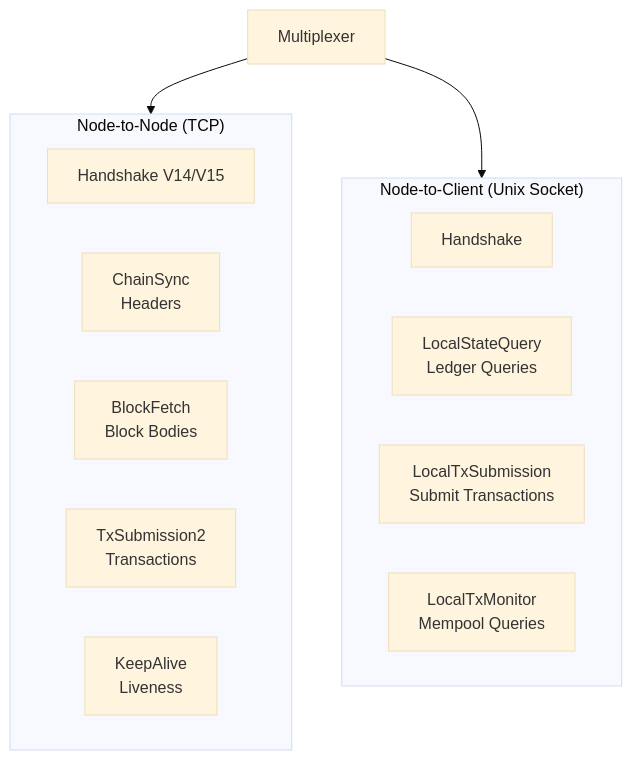
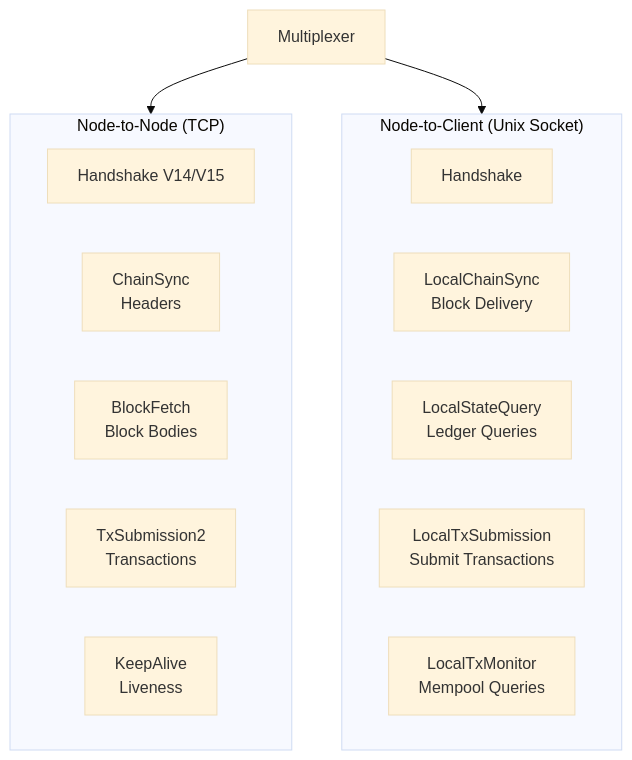
One commit to michaeljfazio/Torsten changed the first of 2 diagrams in docs/src/architecture/networking.md. Above: the diagram before and after it, drawn with Mermaid (base theme). The commit also changed other lines of this file, not shown here.

First line of the commit message:
Update networking docs with all LocalStateQuery tags

````diff
--- a/docs/src/architecture/networking.md
+++ b/docs/src/architecture/networking.md
@@ -7,20 +7,21 @@
 ```mermaid
 flowchart TB
     subgraph N2N ["Node-to-Node (TCP)"]
         HS[Handshake V14/V15]
         CSP[ChainSync<br/>Headers]
         BFP[BlockFetch<br/>Block Bodies]
         TX[TxSubmission2<br/>Transactions]
         KA[KeepAlive<br/>Liveness]
     end
 
     subgraph N2C ["Node-to-Client (Unix Socket)"]
         HSC[Handshake]
+        LCS[LocalChainSync<br/>Block Delivery]
         LSQ[LocalStateQuery<br/>Ledger Queries]
         LTS[LocalTxSubmission<br/>Submit Transactions]
         LTM[LocalTxMonitor<br/>Mempool Queries]
     end
 
     MUX[Multiplexer] --> N2N
     MUX --> N2C
 ```
````
